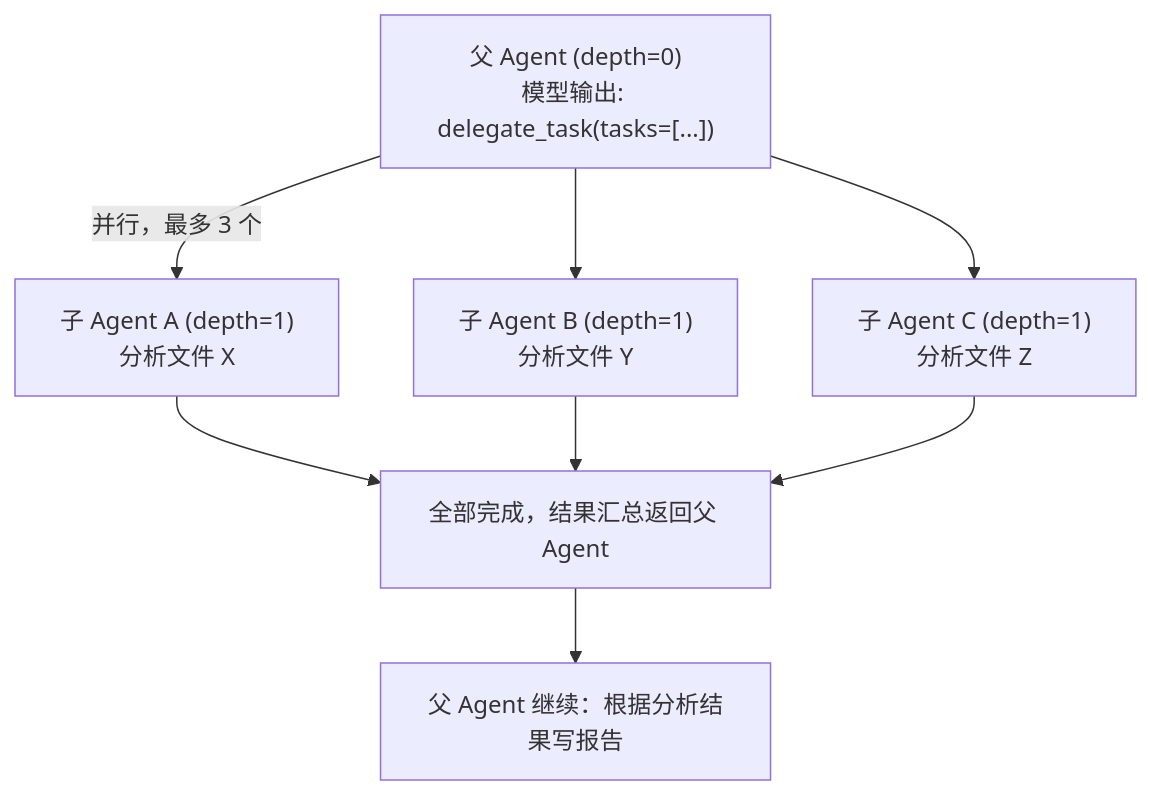
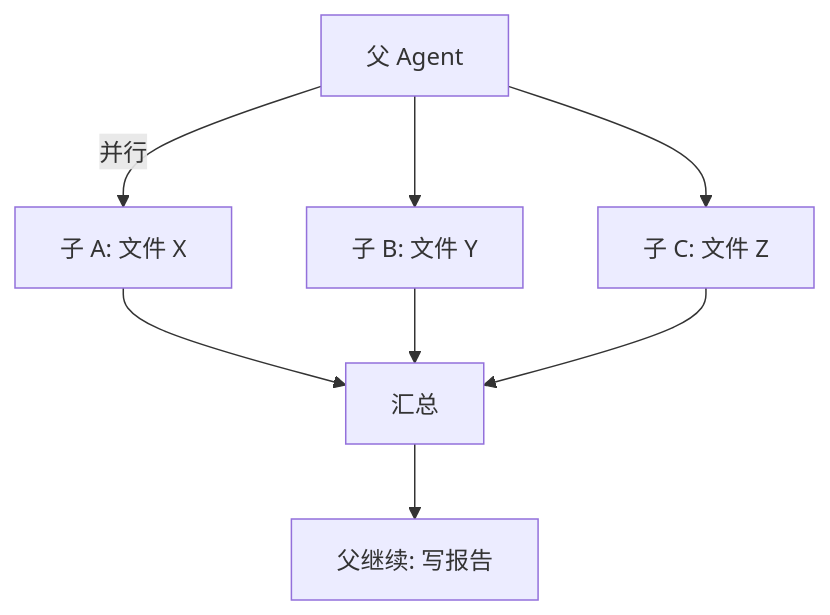
The ninth of 9 diagrams in docs/zh/02-Agent核心.md (fang-lin/hermes-agent-code-analysis), drawn with Mermaid before and after one commit. The commit also changed other lines of this file and 1 other file, not shown here.

First line of the commit message:
第 02 章：所有图表 layout 紧凑化——节点文字精简，细节留给正文

````diff
--- a/docs/zh/02-Agent核心.md
+++ b/docs/zh/02-Agent核心.md
@@ -424,17 +382,10 @@
 ```mermaid
 flowchart TD
-    PARENT["父 Agent #40;depth=0#41;<br/>模型输出: delegate_task#40;tasks=[...]#41;"]
-    A["子 Agent A #40;depth=1#41;<br/>分析文件 X"]
-    B["子 Agent B #40;depth=1#41;<br/>分析文件 Y"]
-    C["子 Agent C #40;depth=1#41;<br/>分析文件 Z"]
-    MERGE["全部完成，结果汇总返回父 Agent"]
-    CONT["父 Agent 继续：根据分析结果写报告"]
-
-    PARENT -->|并行，最多 3 个| A
-    PARENT --> B
-    PARENT --> C
-    A --> MERGE
-    B --> MERGE
-    C --> MERGE
-    MERGE --> CONT
+    P["父 Agent"] -->|并行| A["子 A: 文件 X"]
+    P --> B["子 B: 文件 Y"]
+    P --> C["子 C: 文件 Z"]
+    A --> M["汇总"]
+    B --> M
+    C --> M
+    M --> P2["父继续: 写报告"]
 ```
````
